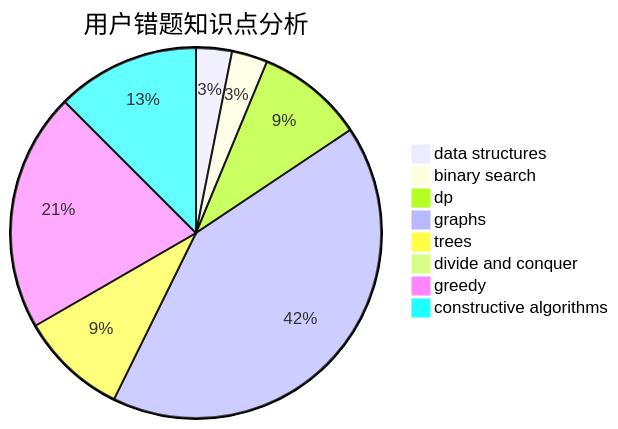
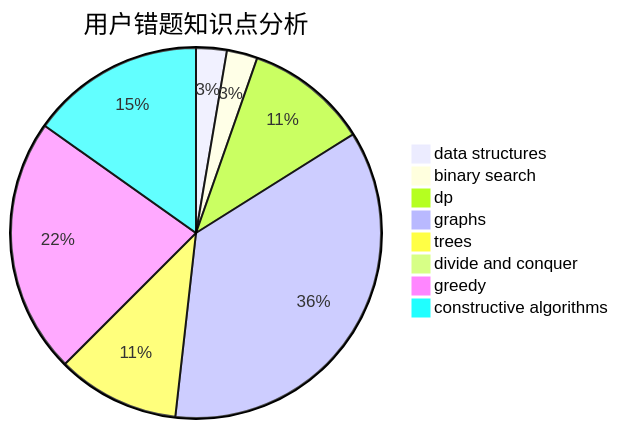
Before and after one commit to sherpahu/cfrs.github.io: the third of 3 diagrams in docs/user/u1383.md, drawn with Mermaid. The commit also changed other lines of this file and 2770 other files, not shown here.

````diff
--- a/docs/user/u1383.md
+++ b/docs/user/u1383.md
@@ -36,11 +36,11 @@
 ```mermaid
 pie title 用户错题知识点分析
     "data structures" :  3
     "binary search" :  3
-    "dp" :  9
+    "dp" :  12
     "graphs" :  40
-    "trees" :  9
+    "trees" :  12
     "divide and conquer" :  0
-    "greedy" :  20
-    "constructive algorithms" :  12
+    "greedy" :  25
+    "constructive algorithms" :  17
 ```
````
